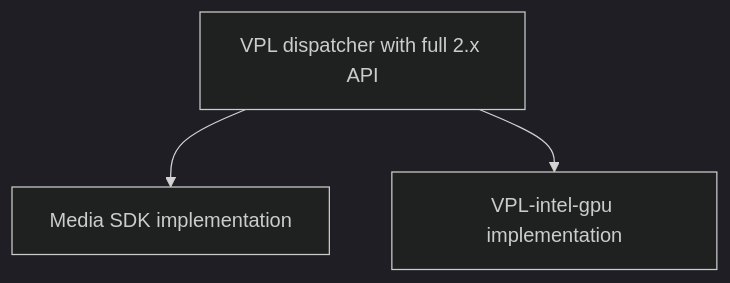
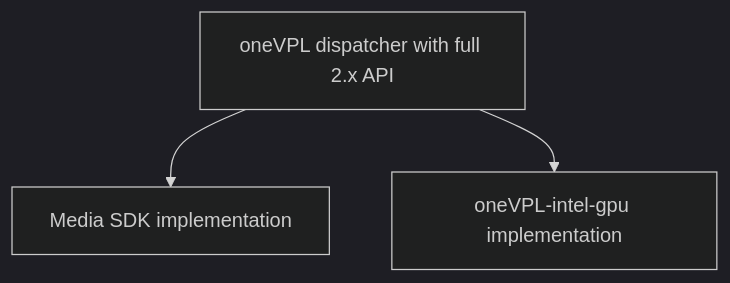
The third of 3 diagrams in examples/tutorials/01_transition/README.md (intel/libvpl), drawn with Mermaid (dark theme) before and after one commit. The commit also changed other lines of this file and 10 other files, not shown here.

````diff
--- a/examples/tutorials/01_transition/README.md
+++ b/examples/tutorials/01_transition/README.md
@@ -346,5 +346,5 @@
 ```mermaid
 graph TD;
-    VPL[VPL dispatcher with full 2.x API]-->impl1[Media SDK implementation];
-    VPL[VPL dispatcher with full 2.x API]-->impl2[VPL-intel-gpu implementation];
+    oneVPL[oneVPL dispatcher with full 2.x API]-->impl1[Media SDK implementation];
+    oneVPL[oneVPL dispatcher with full 2.x API]-->impl2[oneVPL-intel-gpu implementation];
 ```
````
